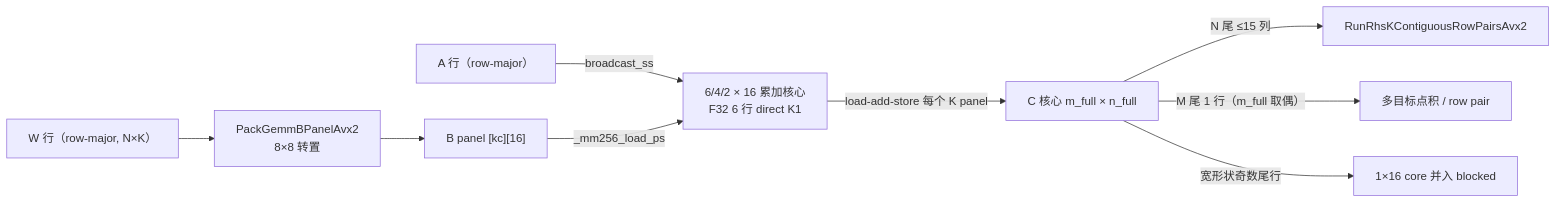
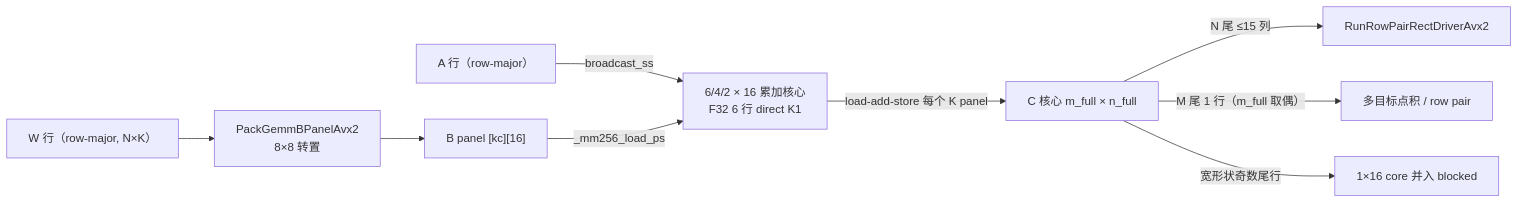
One commit to fengjiran/AetherMind changed the fourth of 5 diagrams in docs/handbook/算子系统/算子实现详解/GEMM 内核.md. Above: the diagram before and after it, drawn with Mermaid. The commit also changed other lines of this file and 3 other files, not shown here.

````diff
--- a/docs/handbook/算子系统/算子实现详解/GEMM 内核.md
+++ b/docs/handbook/算子系统/算子实现详解/GEMM 内核.md
@@ -457,9 +459,9 @@
 ```mermaid
 flowchart LR
     A["A 行（row-major）"] -->|"broadcast_ss"| Core["6/4/2 × 16 累加核心<br/>F32 6 行 direct K1"]
     W["W 行（row-major, N×K）"] --> Pack["PackGemmBPanelAvx2<br/>8×8 转置"] --> Panel["B panel [kc][16]"] -->|"_mm256_load_ps"| Core
     Core -->|"load-add-store 每个 K panel"| C["C 核心 m_full × n_full"]
-    C -->|"N 尾 ≤15 列"| RP["RunRhsKContiguousRowPairsAvx2"]
+    C -->|"N 尾 ≤15 列"| RP["RunRowPairRectDriverAvx2"]
     C -->|"M 尾 1 行（m_full 取偶）"| DP["多目标点积 / row pair"]
     C -->|"宽形状奇数尾行"| Odd["1×16 core 并入 blocked"]
 ```
````
